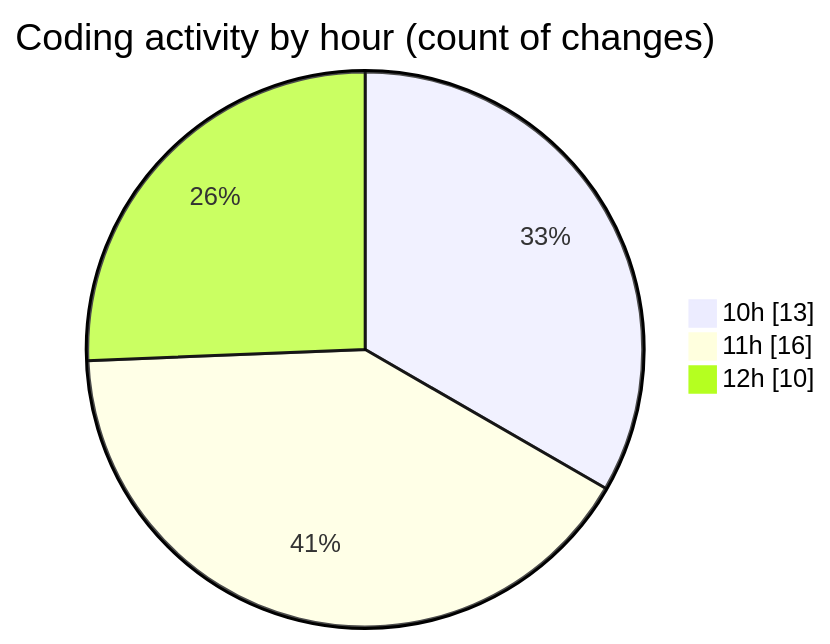
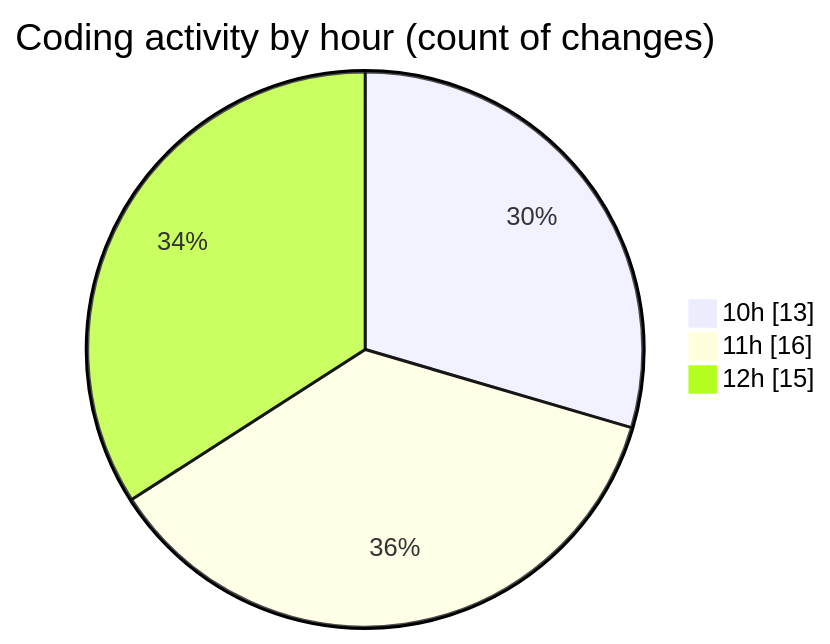
The second of 2 diagrams in 2025-05-27/cda/README.md (momahboobian/code-tracking), drawn with Mermaid before and after one commit. The commit also changed other lines of this file and 1 other file, not shown here.

````diff
--- a/2025-05-27/cda/README.md
+++ b/2025-05-27/cda/README.md
@@ -38,7 +38,7 @@
 ```mermaid
 pie showData
 title Coding activity by hour (count of changes)
 "10h" : 13
 "11h" : 16
-"12h" : 10
+"12h" : 15
 ```
````
